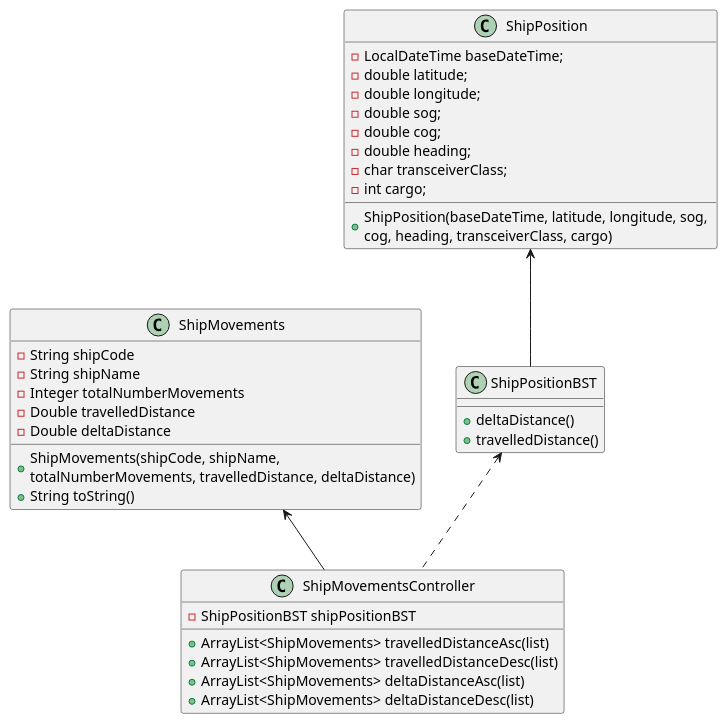
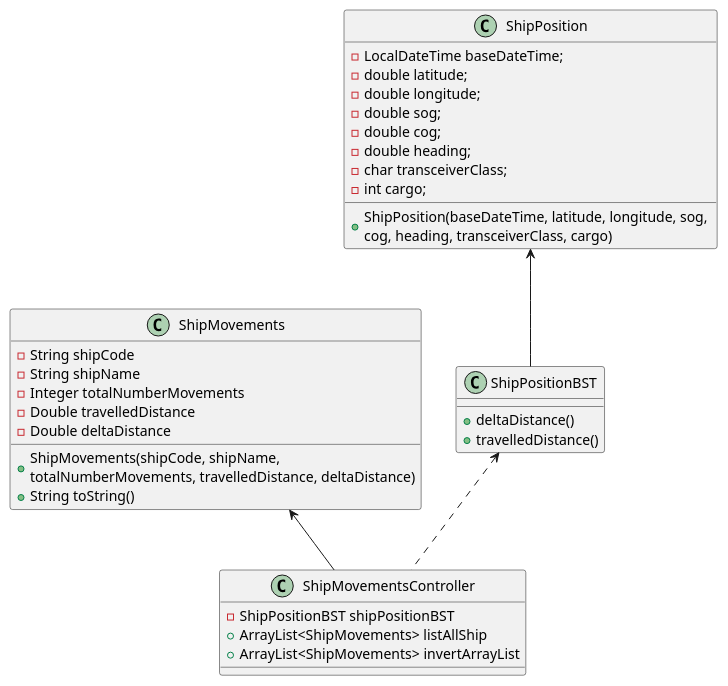
Before and after one commit to 1190772/LAB-Project-3: the diagram in docs/Sprint 2/US/US105/US105_CD.puml, drawn with PlantUML. The commit also changed 3 other files, not shown here.

```diff
--- a/docs/Sprint 2/US/US105/US105_CD.puml
+++ b/docs/Sprint 2/US/US105/US105_CD.puml
@@ -1,50 +1,48 @@
 @startuml
 'https://plantuml.com/class-diagram
 
 /'class ShipMovementsUI {
 - ShipMovementsController controller
 - ShipMovements details
 }'/
 
 class ShipMovementsController {
 - ShipPositionBST shipPositionBST
-+ ArrayList<ShipMovements> travelledDistanceAsc(list)
-+ ArrayList<ShipMovements> travelledDistanceDesc(list)
-+ ArrayList<ShipMovements> deltaDistanceAsc(list)
-+ ArrayList<ShipMovements> deltaDistanceDesc(list)
++ ArrayList<ShipMovements> listAllShip
++ ArrayList<ShipMovements> invertArrayList
 }
 
 class ShipMovements {
 - String shipCode
 - String shipName
 - Integer totalNumberMovements
 - Double travelledDistance
 - Double deltaDistance
 + ShipMovements(shipCode, shipName, \ntotalNumberMovements, travelledDistance, deltaDistance)
 + String toString()
 }
 
 class ShipPositionBST {
 + deltaDistance()
 + travelledDistance()
 }
 
 class ShipPosition {
 - LocalDateTime baseDateTime;
 - double latitude;
 - double longitude;
 - double sog;
 - double cog;
 - double heading;
 - char transceiverClass;
 - int cargo;
 + ShipPosition(baseDateTime, latitude, longitude, sog, \ncog, heading, transceiverClass, cargo)
 }
 
 'ShipMovementsController <.. ShipMovementsUI
 
 ShipPositionBST <.. ShipMovementsController
 ShipPosition <-- ShipPositionBST
 'ShipMovements <.. ShipMovementsUI
 ShipMovements <-- ShipMovementsController
 @enduml
```
